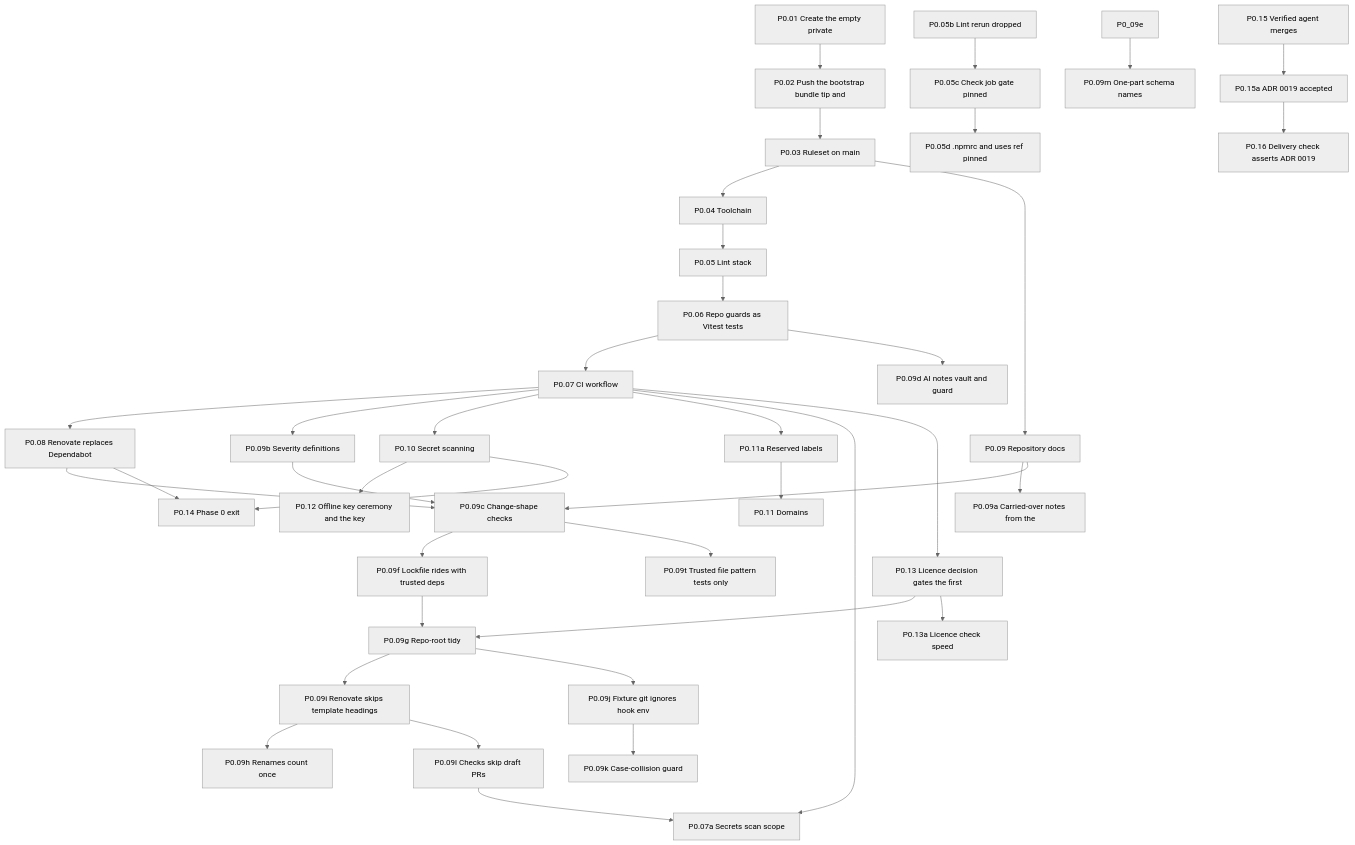
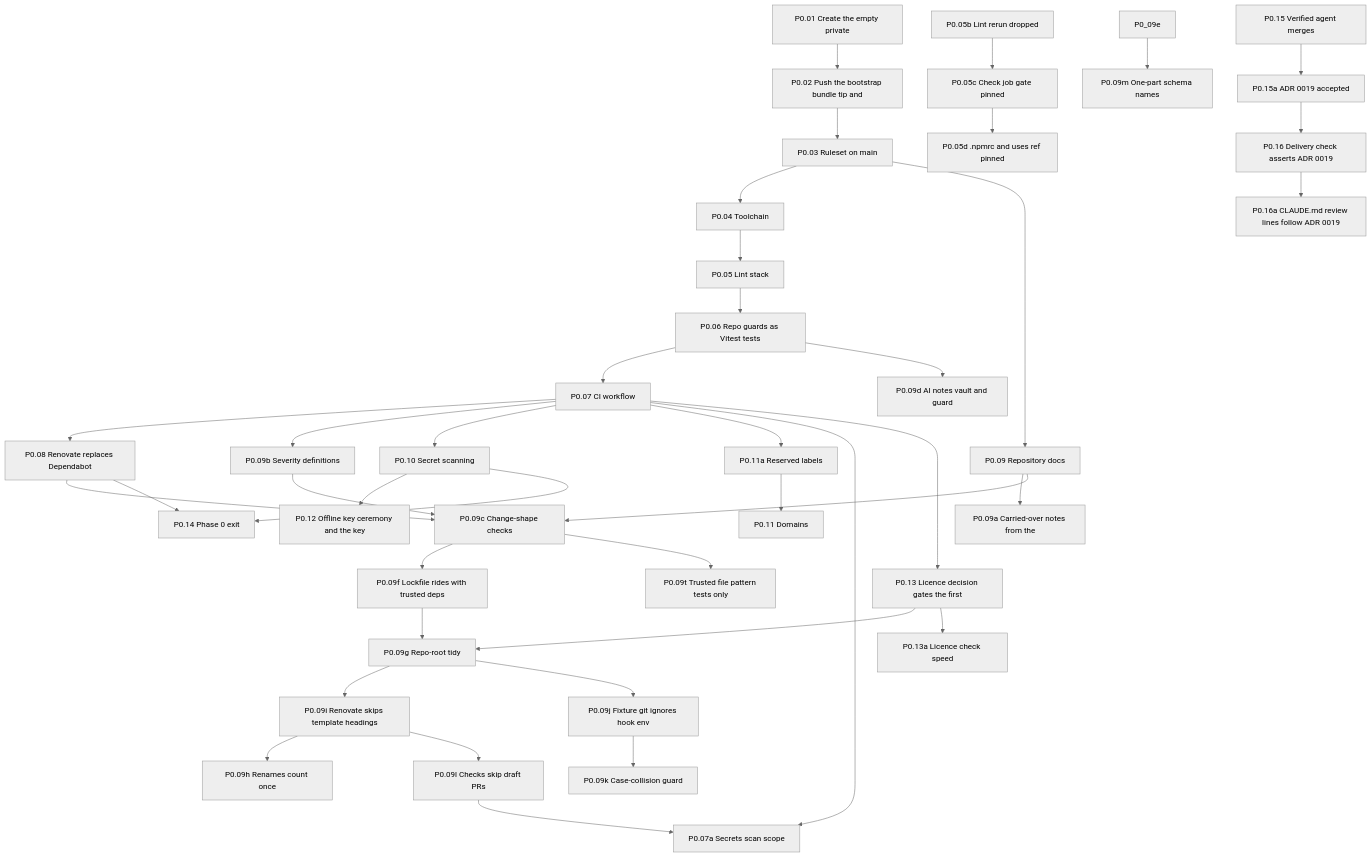
Before and after one commit to Undefined6799/unset: the first of 11 diagrams in docs/ai/book/01-outline.md, drawn with Mermaid (neutral theme). The commit also changed other lines of this file and 4 other files, not shown here.

````diff
--- a/docs/ai/book/01-outline.md
+++ b/docs/ai/book/01-outline.md
@@ -67,77 +68,79 @@
 ```mermaid
 flowchart TD
   P0_01["P0.01 Create the empty private"]
   P0_02["P0.02 Push the bootstrap bundle tip and"]
   P0_03["P0.03 Ruleset on main"]
   P0_04["P0.04 Toolchain"]
   P0_05["P0.05 Lint stack"]
   P0_05b["P0.05b Lint rerun dropped"]
   P0_05c["P0.05c Check job gate pinned"]
   P0_05d["P0.05d .npmrc and uses ref pinned"]
   P0_06["P0.06 Repo guards as Vitest tests"]
   P0_07["P0.07 CI workflow"]
   P0_08["P0.08 Renovate replaces Dependabot"]
   P0_09["P0.09 Repository docs"]
   P0_09a["P0.09a Carried-over notes from the"]
   P0_09b["P0.09b Severity definitions"]
   P0_09c["P0.09c Change-shape checks"]
   P0_09d["P0.09d AI notes vault and guard"]
   P0_09f["P0.09f Lockfile rides with trusted deps"]
   P0_09g["P0.09g Repo-root tidy"]
   P0_09h["P0.09h Renames count once"]
   P0_09i["P0.09i Renovate skips template headings"]
   P0_09l["P0.09l Checks skip draft PRs"]
   P0_07a["P0.07a Secrets scan scope"]
   P0_09j["P0.09j Fixture git ignores hook env"]
   P0_09k["P0.09k Case-collision guard"]
   P0_09m["P0.09m One-part schema names"]
   P0_09t["P0.09t Trusted file pattern tests only"]
   P0_10["P0.10 Secret scanning"]
   P0_11a["P0.11a Reserved labels"]
   P0_11["P0.11 Domains"]
   P0_12["P0.12 Offline key ceremony and the key"]
   P0_13["P0.13 Licence decision gates the first"]
   P0_13a["P0.13a Licence check speed"]
   P0_14["P0.14 Phase 0 exit"]
   P0_15["P0.15 Verified agent merges"]
   P0_15a["P0.15a ADR 0019 accepted"]
   P0_16["P0.16 Delivery check asserts ADR 0019"]
+  P0_16a["P0.16a CLAUDE.md review lines follow ADR 0019"]
   P0_01 --> P0_02
   P0_02 --> P0_03
   P0_03 --> P0_04
   P0_04 --> P0_05
   P0_05b --> P0_05c
   P0_05c --> P0_05d
   P0_05 --> P0_06
   P0_06 --> P0_07
   P0_07 --> P0_08
   P0_03 --> P0_09
   P0_09 --> P0_09a
   P0_07 --> P0_09b
   P0_08 --> P0_09c
   P0_09 --> P0_09c
   P0_09b --> P0_09c
   P0_06 --> P0_09d
   P0_09c --> P0_09f
   P0_09c --> P0_09t
   P0_09f --> P0_09g
   P0_13 --> P0_09g
   P0_09g --> P0_09i
   P0_09g --> P0_09j
   P0_09i --> P0_09h
   P0_09j --> P0_09k
   P0_09e --> P0_09m
   P0_09i --> P0_09l
   P0_07 --> P0_10
   P0_07 --> P0_11a
   P0_07 --> P0_07a
   P0_09l --> P0_07a
   P0_11a --> P0_11
   P0_10 --> P0_12
   P0_07 --> P0_13
   P0_13 --> P0_13a
   P0_08 --> P0_14
   P0_10 --> P0_14
   P0_15 --> P0_15a
   P0_15a --> P0_16
+  P0_16 --> P0_16a
 ```
````
